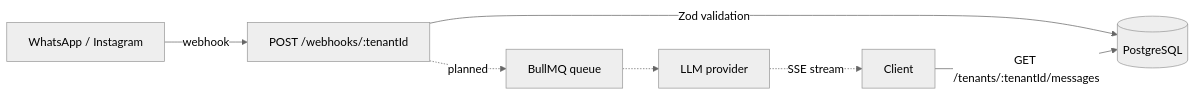
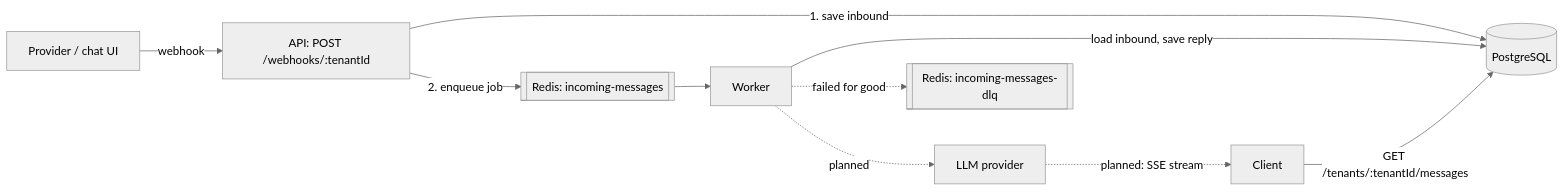
The diagram in README.md (Carlessso/multitenant-messaging-hub), drawn with Mermaid (neutral theme) before and after one commit. The commit also changed other lines of this file and 1 other file, not shown here.

Commit message:
docs: document the queue worker, retries and dead-letter queue

````diff
--- a/README.md
+++ b/README.md
@@ -30,9 +36,12 @@
 ```mermaid
 flowchart LR
-    P[WhatsApp / Instagram] -->|webhook| W[POST /webhooks/:tenantId]
-    W -->|Zod validation| R[(PostgreSQL)]
-    C[Client] -->|GET /tenants/:tenantId/messages| R
-    W -.->|planned| Q[BullMQ queue]
-    Q -.-> L[LLM provider]
-    L -.->|SSE stream| C
+    P[Provider / chat UI] -->|webhook| W[API: POST /webhooks/:tenantId]
+    W -->|1. save inbound| DB[(PostgreSQL)]
+    W -->|2. enqueue job| Q[[Redis: incoming-messages]]
+    Q --> K[Worker]
+    K -->|load inbound, save reply| DB
+    K -.->|failed for good| D[[Redis: incoming-messages-dlq]]
+    C[Client] -->|GET /tenants/:tenantId/messages| DB
+    K -.->|planned| L[LLM provider]
+    L -.->|planned: SSE stream| C
 ```
````
